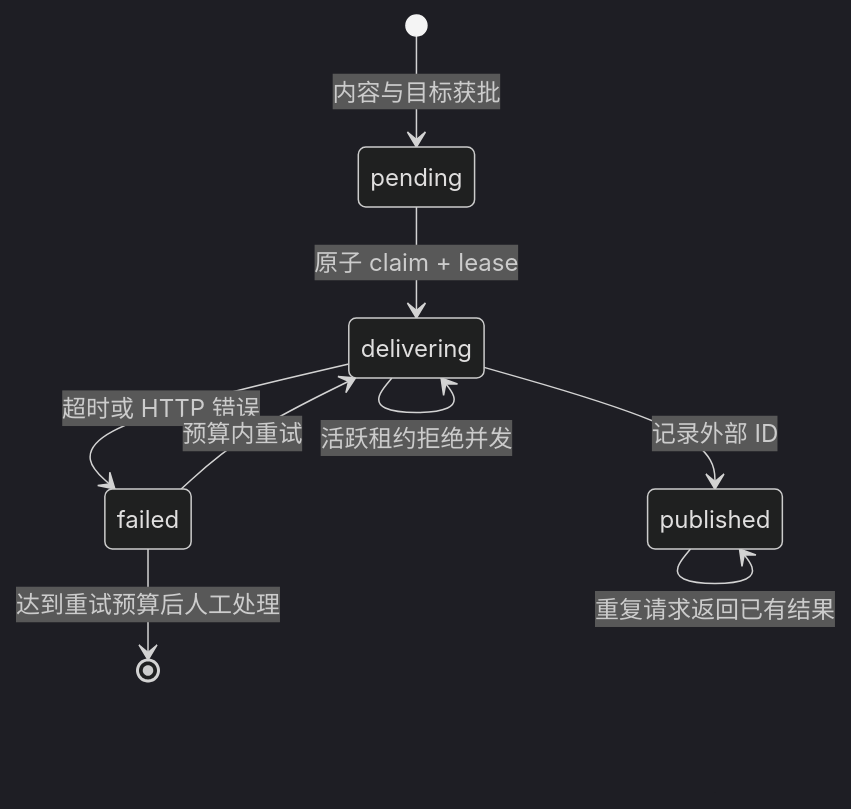
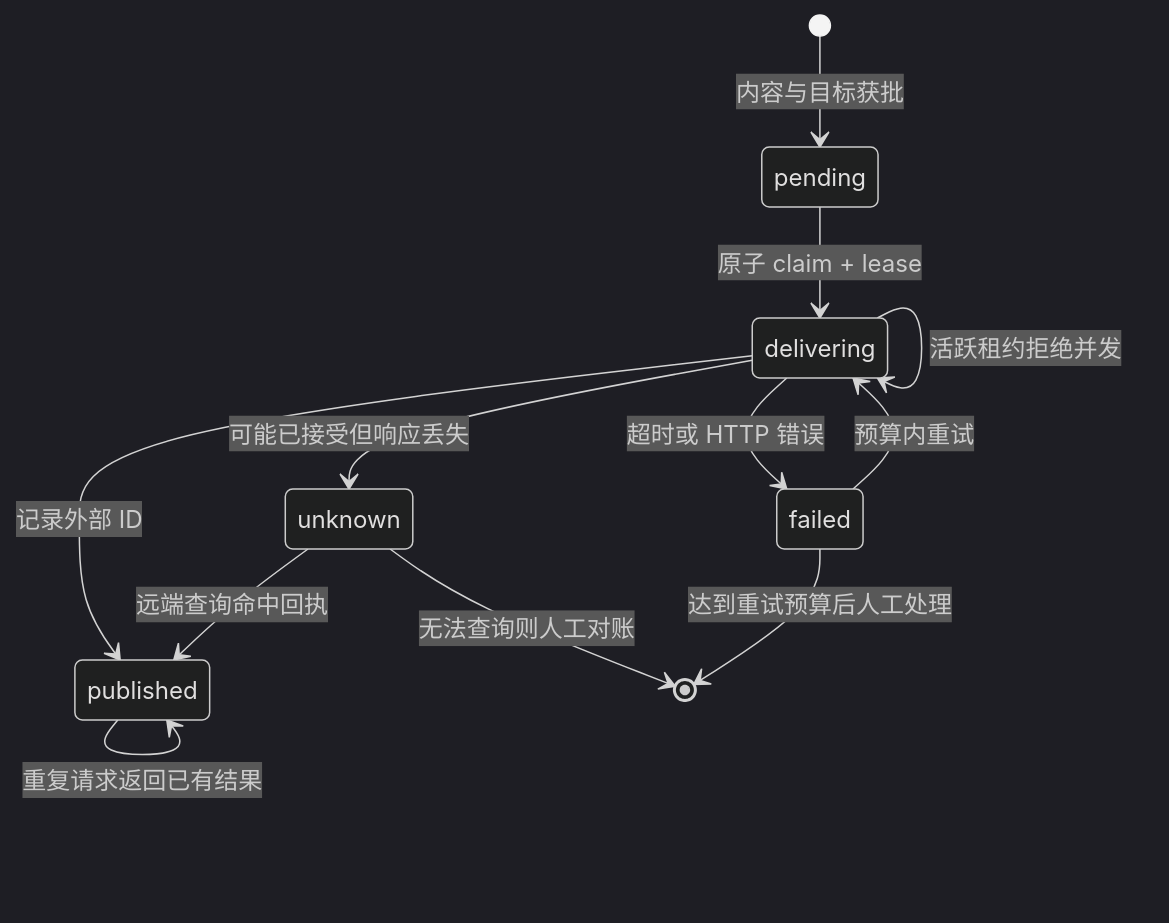
The fourth of 4 diagrams in projects/06-office-agent/README.md (wujinjun/ai-agent-book), drawn with Mermaid (dark theme) before and after one commit. The commit also changed other lines of this file and 5 other files, not shown here.

````diff
--- a/projects/06-office-agent/README.md
+++ b/projects/06-office-agent/README.md
@@ -67,14 +67,17 @@
 ```mermaid
 %% id: project6-durable-outbox-state
 %% title: 自动办公 Outbox 状态与故障恢复
 %% alt: 通过审批的投递进入 pending，经租约声明进入 delivering，成功后 published；失败进入 failed，可在次数预算内重新声明，超过预算进入人工处理
 stateDiagram-v2
     [*] --> pending: 内容与目标获批
     pending --> delivering: 原子 claim + lease
     delivering --> published: 记录外部 ID
     delivering --> failed: 超时或 HTTP 错误
     failed --> delivering: 预算内重试
+    delivering --> unknown: 可能已接受但响应丢失
+    unknown --> published: 远端查询命中回执
+    unknown --> [*]: 无法查询则人工对账
     delivering --> delivering: 活跃租约拒绝并发
     failed --> [*]: 达到重试预算后人工处理
     published --> published: 重复请求返回已有结果
 ```
````
